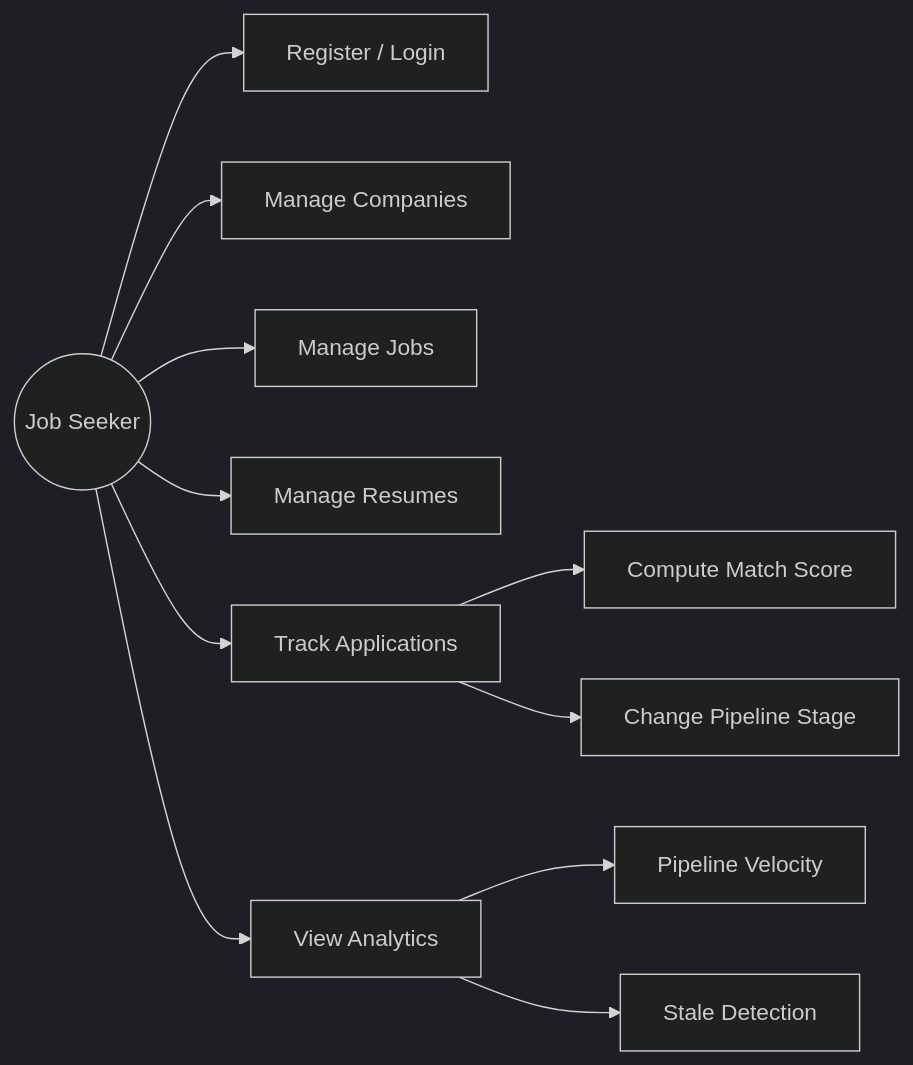
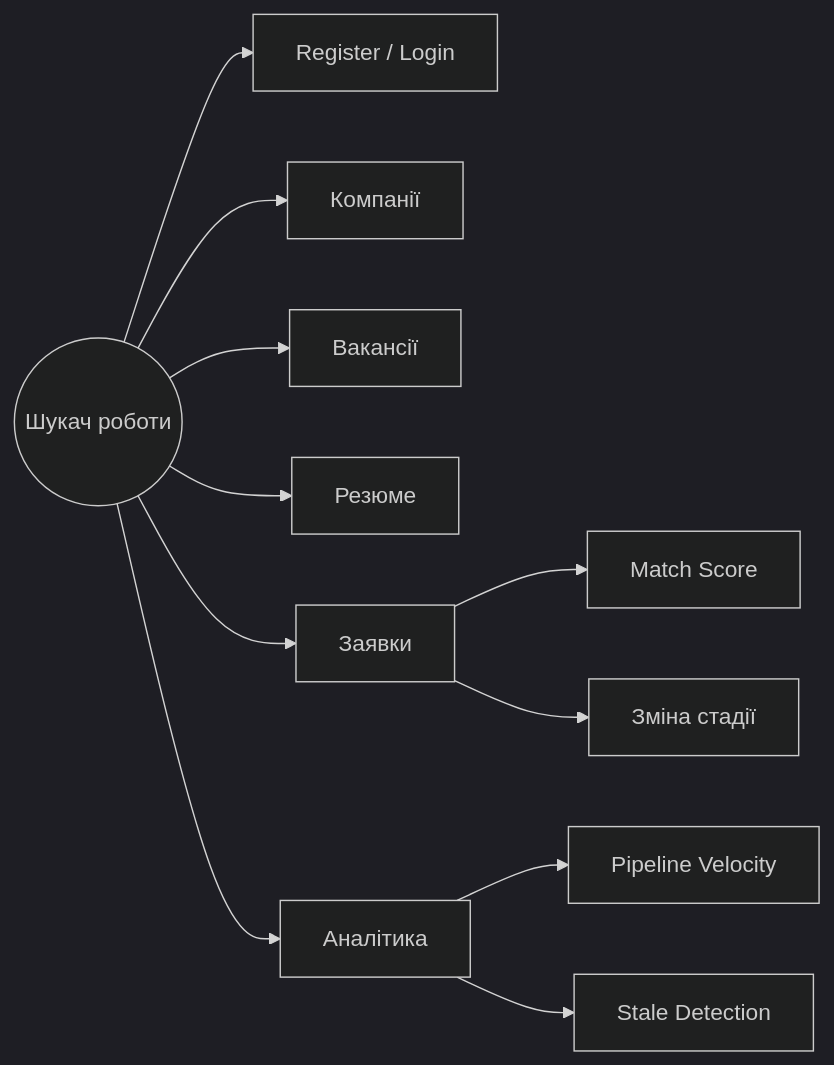
Before and after one commit to roha04/my-flask-app: the diagram in docs/requirements/traceability.md, drawn with Mermaid (dark theme). The commit also changed other lines of this file and 11 other files, not shown here.

````diff
--- a/docs/requirements/traceability.md
+++ b/docs/requirements/traceability.md
@@ -32,14 +32,14 @@
 ```mermaid
 flowchart LR
-  User((Job Seeker))
+  User((Шукач роботи))
   User --> Auth[Register / Login]
-  User --> ManageCo[Manage Companies]
-  User --> ManageJobs[Manage Jobs]
-  User --> ManageRes[Manage Resumes]
-  User --> TrackApp[Track Applications]
-  User --> Analytics[View Analytics]
-  TrackApp --> MatchScore[Compute Match Score]
-  TrackApp --> ChangeStage[Change Pipeline Stage]
+  User --> ManageCo[Компанії]
+  User --> ManageJobs[Вакансії]
+  User --> ManageRes[Резюме]
+  User --> TrackApp[Заявки]
+  User --> Analytics[Аналітика]
+  TrackApp --> MatchScore[Match Score]
+  TrackApp --> ChangeStage[Зміна стадії]
   Analytics --> Pipeline[Pipeline Velocity]
   Analytics --> Stale[Stale Detection]
 ```
````
